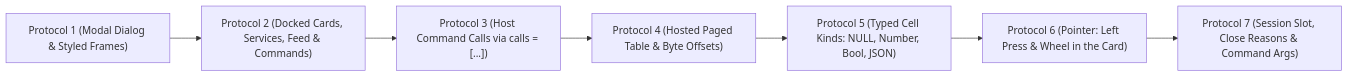
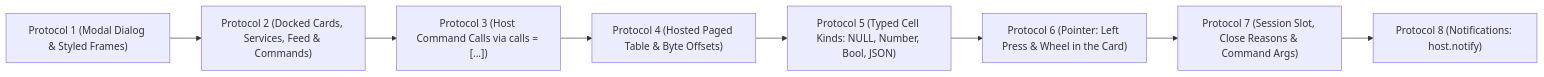
The diagram in docs/tutorials/15-plugin-architecture-and-registry/plugin-protocols.mmd (yongjohnlee80/autodoc), drawn with Mermaid before and after one commit. The commit also changed 17 other files, not shown here.

```diff
--- a/docs/tutorials/15-plugin-architecture-and-registry/plugin-protocols.mmd
+++ b/docs/tutorials/15-plugin-architecture-and-registry/plugin-protocols.mmd
@@ -1,7 +1,8 @@
 flowchart LR
   P1["Protocol 1 (Modal Dialog & Styled Frames)"] --> P2["Protocol 2 (Docked Cards, Services, Feed & Commands)"]
   P2 --> P3["Protocol 3 (Host Command Calls via calls = [...])"]
   P3 --> P4["Protocol 4 (Hosted Paged Table & Byte Offsets)"]
   P4 --> P5["Protocol 5 (Typed Cell Kinds: NULL, Number, Bool, JSON)"]
   P5 --> P6["Protocol 6 (Pointer: Left Press & Wheel in the Card)"]
   P6 --> P7["Protocol 7 (Session Slot, Close Reasons & Command Args)"]
+  P7 --> P8["Protocol 8 (Notifications: host.notify)"]
```
